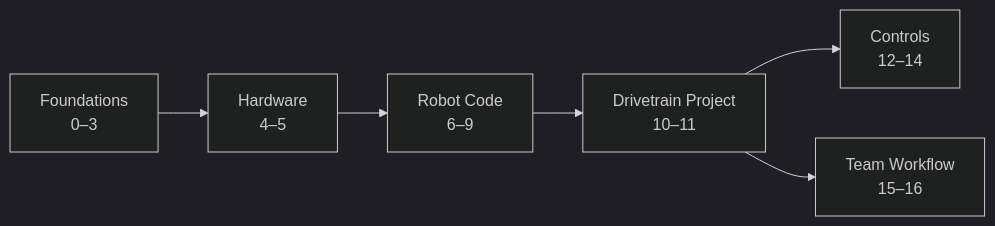
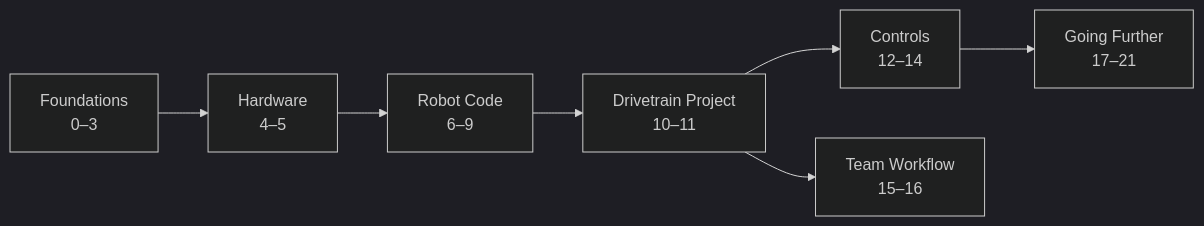
Before and after one commit to Robojacks/frc-course: the diagram in src/index.md, drawn with Mermaid (dark theme). The commit also changed other lines of this file and 90 other files, not shown here.

First line of the commit message:
Add Going Further lessons 17-21 and Lab 11 (adapted in part from Mantik)

````diff
--- a/src/index.md
+++ b/src/index.md
@@ -38,8 +38,9 @@
 ```mermaid
 flowchart LR
     A[Foundations<br/>0–3] --> B[Hardware<br/>4–5]
     B --> C[Robot Code<br/>6–9]
     C --> D[Drivetrain Project<br/>10–11]
     D --> E[Controls<br/>12–14]
     D --> F[Team Workflow<br/>15–16]
+    E --> G[Going Further<br/>17–21]
 ```
````
